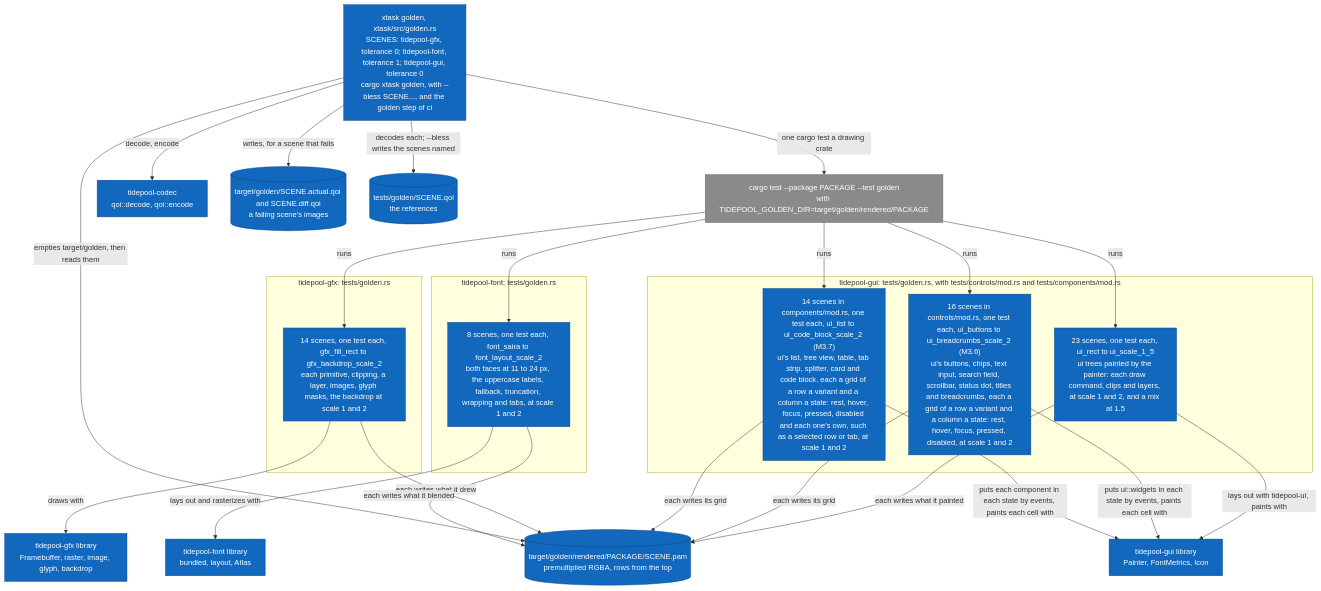
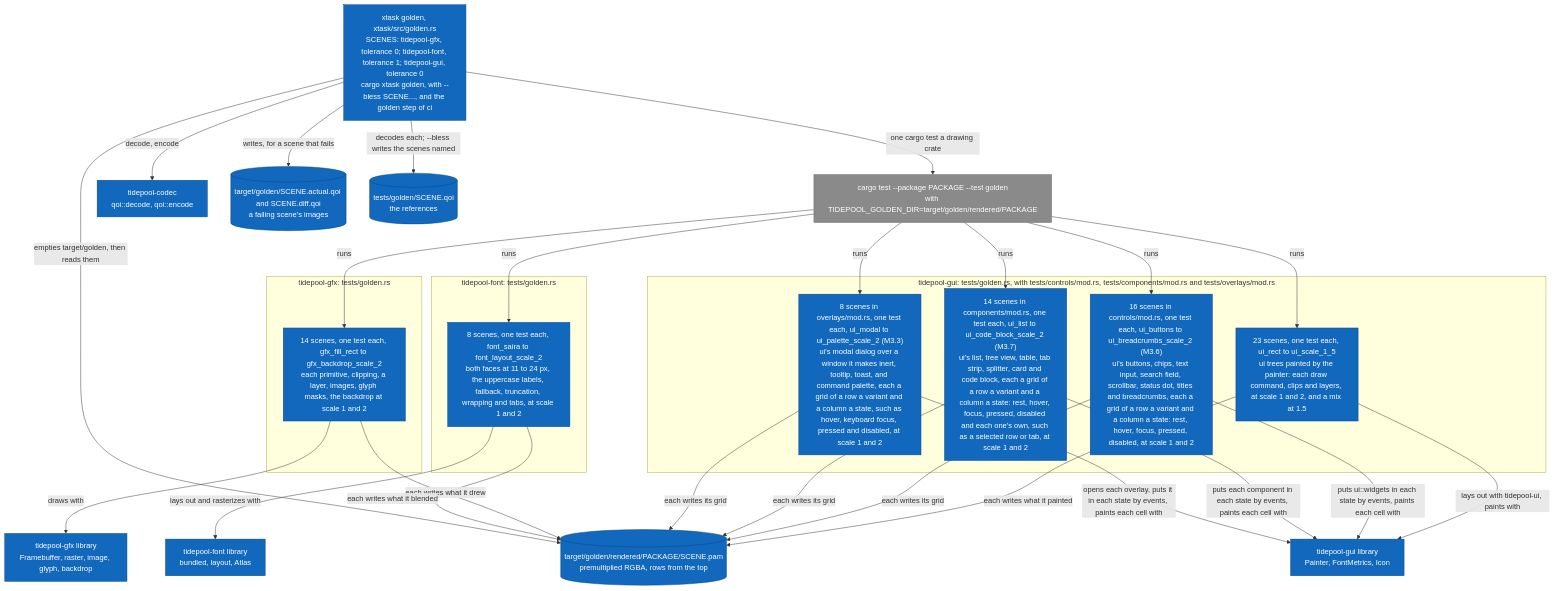
Diagram 17 of 17 in diagrams/c4-architecture.md (jabbott-iii/Tidepool), drawn with Mermaid before and after one commit. The commit also changed other lines of this file and 62 other files, not shown here.

````diff
--- a/diagrams/c4-architecture.md
+++ b/diagrams/c4-architecture.md
@@ -997,52 +1007,56 @@
 ```mermaid
 flowchart TB
     c_golden["xtask golden, xtask/src/golden.rs<br/>SCENES: tidepool-gfx, tolerance 0; tidepool-font, tolerance 1; tidepool-gui, tolerance 0<br/>cargo xtask golden, with --bless SCENE..., and the golden step of ci"]
     e_cargo["cargo test --package PACKAGE --test golden<br/>with TIDEPOOL_GOLDEN_DIR=target/golden/rendered/PACKAGE"]
     subgraph b_gfx["tidepool-gfx: tests/golden.rs"]
         t_scenes["14 scenes, one test each, gfx_fill_rect to gfx_backdrop_scale_2<br/>each primitive, clipping, a layer, images, glyph masks, the backdrop at scale 1 and 2"]
     end
     subgraph b_font["tidepool-font: tests/golden.rs"]
         t_font["8 scenes, one test each, font_saira to font_layout_scale_2<br/>both faces at 11 to 24 px, the uppercase labels, fallback, truncation, wrapping and tabs, at scale 1 and 2"]
     end
     k_font["tidepool-font library<br/>bundled, layout, Atlas"]
-    subgraph b_gui["tidepool-gui: tests/golden.rs, with tests/controls/mod.rs and tests/components/mod.rs"]
+    subgraph b_gui["tidepool-gui: tests/golden.rs, with tests/controls/mod.rs, tests/components/mod.rs and tests/overlays/mod.rs"]
         t_ui["23 scenes, one test each, ui_rect to ui_scale_1_5<br/>ui trees painted by the painter: each draw command, clips and layers, at scale 1 and 2, and a mix at 1.5"]
         t_controls["16 scenes in controls/mod.rs, one test each, ui_buttons to ui_breadcrumbs_scale_2 (M3.6)<br/>ui's buttons, chips, text input, search field, scrollbar, status dot, titles and breadcrumbs, each a grid of a row a variant and a column a state: rest, hover, focus, pressed, disabled, at scale 1 and 2"]
         t_components["14 scenes in components/mod.rs, one test each, ui_list to ui_code_block_scale_2 (M3.7)<br/>ui's list, tree view, table, tab strip, splitter, card and code block, each a grid of a row a variant and a column a state: rest, hover, focus, pressed, disabled and each one's own, such as a selected row or tab, at scale 1 and 2"]
+        t_overlays["8 scenes in overlays/mod.rs, one test each, ui_modal to ui_palette_scale_2 (M3.3)<br/>ui's modal dialog over a window it makes inert, tooltip, toast, and command palette, each a grid of a row a variant and a column a state, such as hover, keyboard focus, pressed and disabled, at scale 1 and 2"]
     end
     k_gui["tidepool-gui library<br/>Painter, FontMetrics, Icon"]
     k_gfx["tidepool-gfx library<br/>Framebuffer, raster, image, glyph, backdrop"]
     k_codec["tidepool-codec<br/>qoi::decode, qoi::encode"]
     s_rendered[("target/golden/rendered/PACKAGE/SCENE.pam<br/>premultiplied RGBA, rows from the top")]
     s_images[("target/golden/SCENE.actual.qoi and SCENE.diff.qoi<br/>a failing scene's images")]
     s_refs[("tests/golden/SCENE.qoi<br/>the references")]
 
     c_golden -->|"one cargo test a drawing crate"| e_cargo
     e_cargo -->|"runs"| t_scenes
     e_cargo -->|"runs"| t_font
     e_cargo -->|"runs"| t_ui
     e_cargo -->|"runs"| t_controls
     e_cargo -->|"runs"| t_components
+    e_cargo -->|"runs"| t_overlays
     t_ui -->|"lays out with tidepool-ui, paints with"| k_gui
     t_ui -->|"each writes what it painted"| s_rendered
     t_controls -->|"puts ui::widgets in each state by events, paints each cell with"| k_gui
     t_controls -->|"each writes its grid"| s_rendered
     t_components -->|"puts each component in each state by events, paints each cell with"| k_gui
     t_components -->|"each writes its grid"| s_rendered
+    t_overlays -->|"opens each overlay, puts it in each state by events, paints each cell with"| k_gui
+    t_overlays -->|"each writes its grid"| s_rendered
     t_scenes -->|"draws with"| k_gfx
     t_scenes -->|"each writes what it drew"| s_rendered
     t_font -->|"lays out and rasterizes with"| k_font
     t_font -->|"each writes what it blended"| s_rendered
     c_golden -->|"empties target/golden, then reads them"| s_rendered
     c_golden -->|"decodes each; --bless writes the scenes named"| s_refs
     c_golden -->|"writes, for a scene that fails"| s_images
     c_golden -->|"decode, encode"| k_codec
 
     classDef built fill:#1168bd,stroke:#0b4884,color:#ffffff
     classDef external fill:#8a8a8a,stroke:#6b6b6b,color:#ffffff
     classDef planned fill:#ffffff,stroke:#888888,stroke-dasharray: 5 5,color:#555555
     classDef store fill:#1168bd,stroke:#0b4884,color:#ffffff
-    class c_golden,t_scenes,t_font,t_ui,t_controls,t_components,k_gfx,k_font,k_gui,k_codec built
+    class c_golden,t_scenes,t_font,t_ui,t_controls,t_components,t_overlays,k_gfx,k_font,k_gui,k_codec built
     class s_rendered,s_images,s_refs store
     class e_cargo external
 ```
````
